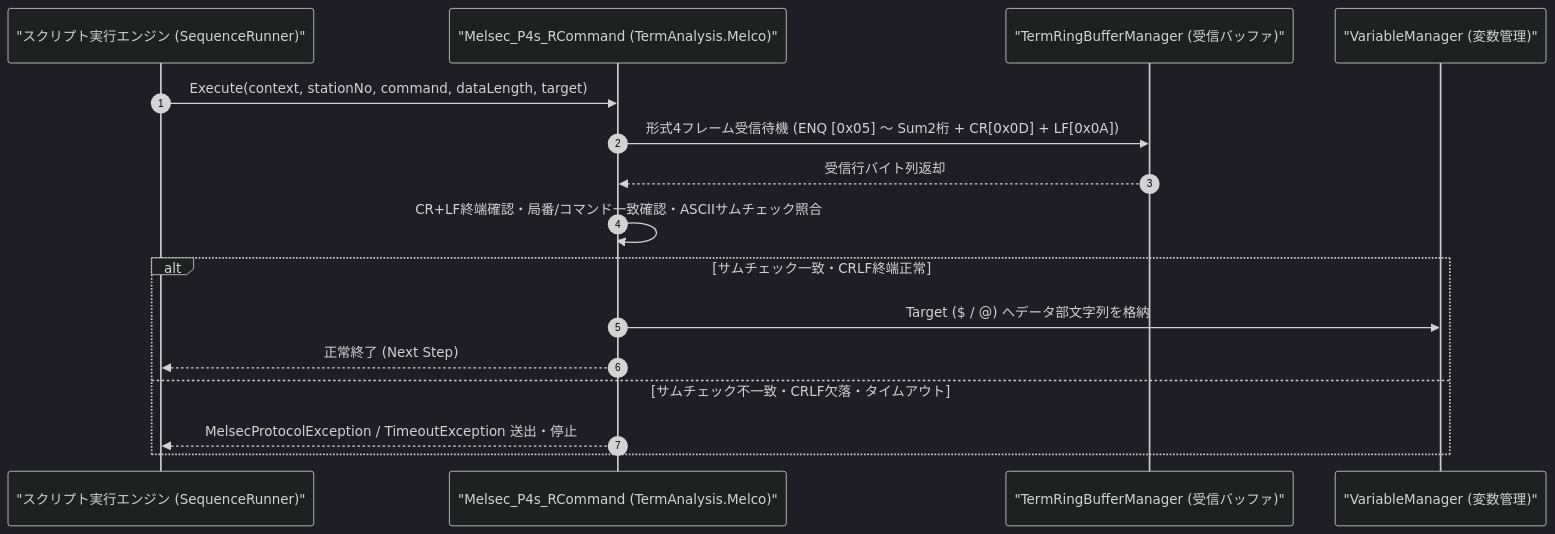
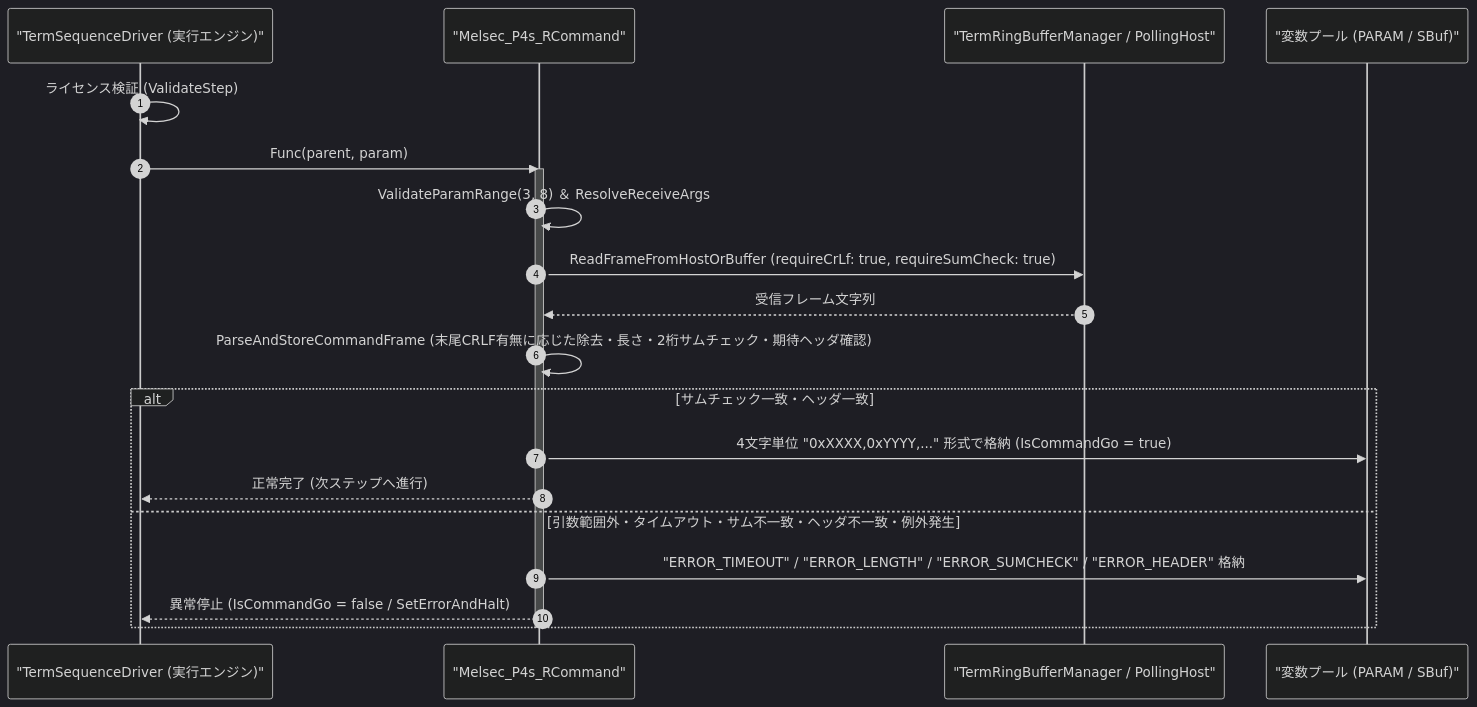
One commit to Monaca-App/TermAddIn changed the diagram in Manual/Melco/Melsec_P4s_R.Md. Above: the diagram before and after it, drawn with Mermaid (dark theme). The commit also changed other lines of this file and 157 other files, not shown here.

````diff
--- a/Manual/Melco/Melsec_P4s_R.Md
+++ b/Manual/Melco/Melsec_P4s_R.Md
@@ -67,19 +75,24 @@
 ```mermaid
 sequenceDiagram
     autonumber
-    participant Script as "スクリプト実行エンジン (SequenceRunner)"
-    participant Cmd as "Melsec_P4s_RCommand (TermAnalysis.Melco)"
-    participant Buf as "TermRingBufferManager (受信バッファ)"
-    participant Var as "VariableManager (変数管理)"
+    participant Driver as "TermSequenceDriver (実行エンジン)"
+    participant Cmd as "Melsec_P4s_RCommand"
+    participant Buf as "TermRingBufferManager / PollingHost"
+    participant Var as "変数プール (PARAM / SBuf)"
 
-    Script->>Cmd: Execute(context, stationNo, command, dataLength, target)
-    Cmd->>Buf: 形式4フレーム受信待機 (ENQ [0x05] 〜 Sum2桁 + CR[0x0D] + LF[0x0A])
-    Buf-->>Cmd: 受信行バイト列返却
-    Cmd->>Cmd: CR+LF終端確認・局番/コマンド一致確認・ASCIIサムチェック照合
-    alt サムチェック一致・CRLF終端正常
-        Cmd->>Var: Target ($ / @) へデータ部文字列を格納
-        Cmd-->>Script: 正常終了 (Next Step)
-    else サムチェック不一致・CRLF欠落・タイムアウト
-        Cmd-->>Script: MelsecProtocolException / TimeoutException 送出・停止
+    Driver->>Driver: ライセンス検証 (ValidateStep)
+    Driver->>Cmd: Func(parent, param)
+    activate Cmd
+    Cmd->>Cmd: ValidateParamRange(3, 8) ＆ ResolveReceiveArgs
+    Cmd->>Buf: ReadFrameFromHostOrBuffer (requireCrLf: true, requireSumCheck: true)
+    Buf-->>Cmd: 受信フレーム文字列
+    Cmd->>Cmd: ParseAndStoreCommandFrame (末尾CRLF有無に応じた除去・長さ・2桁サムチェック・期待ヘッダ確認)
+    alt サムチェック一致・ヘッダ一致
+        Cmd->>Var: 4文字単位 "0xXXXX,0xYYYY,..." 形式で格納 (IsCommandGo = true)
+        Cmd-->>Driver: 正常完了 (次ステップへ進行)
+    else 引数範囲外・タイムアウト・サム不一致・ヘッダ不一致・例外発生
+        Cmd->>Var: "ERROR_TIMEOUT" / "ERROR_LENGTH" / "ERROR_SUMCHECK" / "ERROR_HEADER" 格納
+        Cmd-->>Driver: 異常停止 (IsCommandGo = false / SetErrorAndHalt)
     end
+    deactivate Cmd
 ```
````
